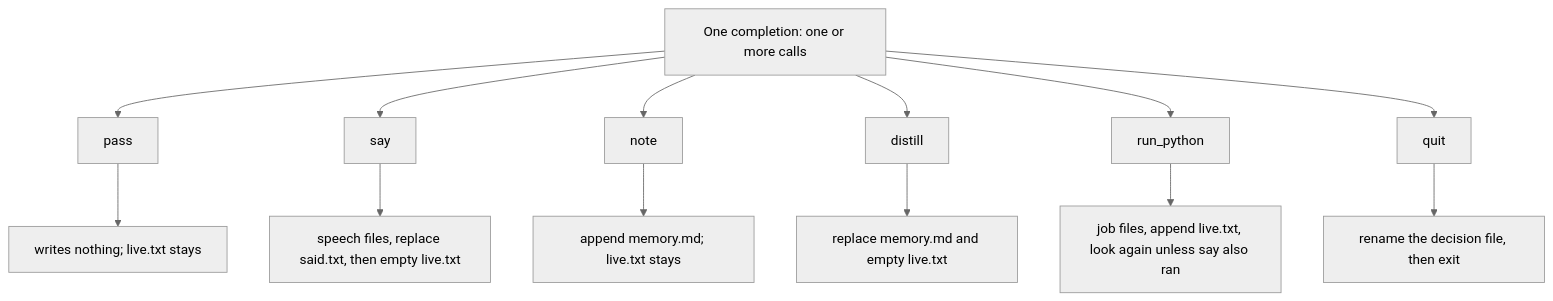
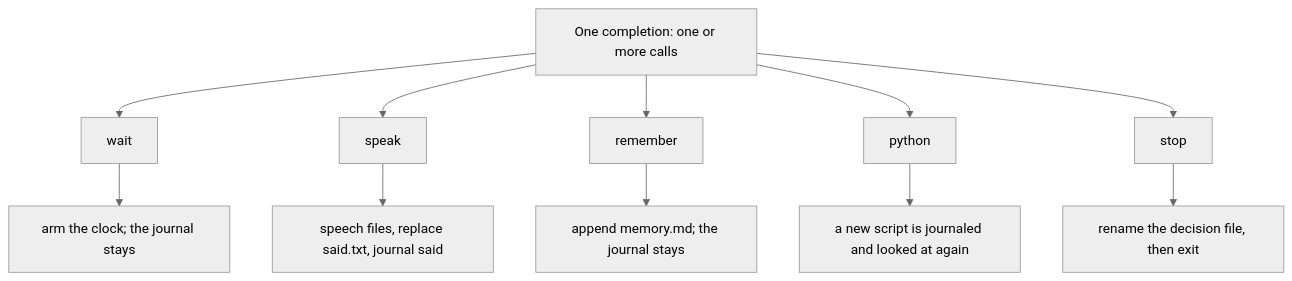
Before and after one commit to wgabrys88/Trident: the fifth of 6 diagrams in README.md, drawn with Mermaid (neutral theme). The commit also changed other lines of this file and 3 other files, not shown here.

````diff
--- a/README.md
+++ b/README.md
@@ -427,16 +427,14 @@
 ```mermaid
 flowchart TB
   comp["One completion: one or more calls"]
-  comp --> pass["pass"]
-  comp --> say["say"]
-  comp --> note["note"]
-  comp --> distill["distill"]
-  comp --> runpy["run_python"]
-  comp --> quit["quit"]
-  pass --> keep["writes nothing; live.txt stays"]
-  say --> speech["speech files, replace said.txt, then empty live.txt"]
-  note --> mem["append memory.md; live.txt stays"]
-  distill --> repl["replace memory.md and empty live.txt"]
-  runpy --> job["job files, append live.txt, look again unless say also ran"]
-  quit --> stop["rename the decision file, then exit"]
+  comp --> wait["wait"]
+  comp --> speak["speak"]
+  comp --> remember["remember"]
+  comp --> py["python"]
+  comp --> stop["stop"]
+  wait --> sleep["arm the clock; the journal stays"]
+  speak --> speech["speech files, replace said.txt, journal said"]
+  remember --> mem["append memory.md; the journal stays"]
+  py --> job["a new script is journaled and looked at again"]
+  stop --> halt["rename the decision file, then exit"]
 ```
````
